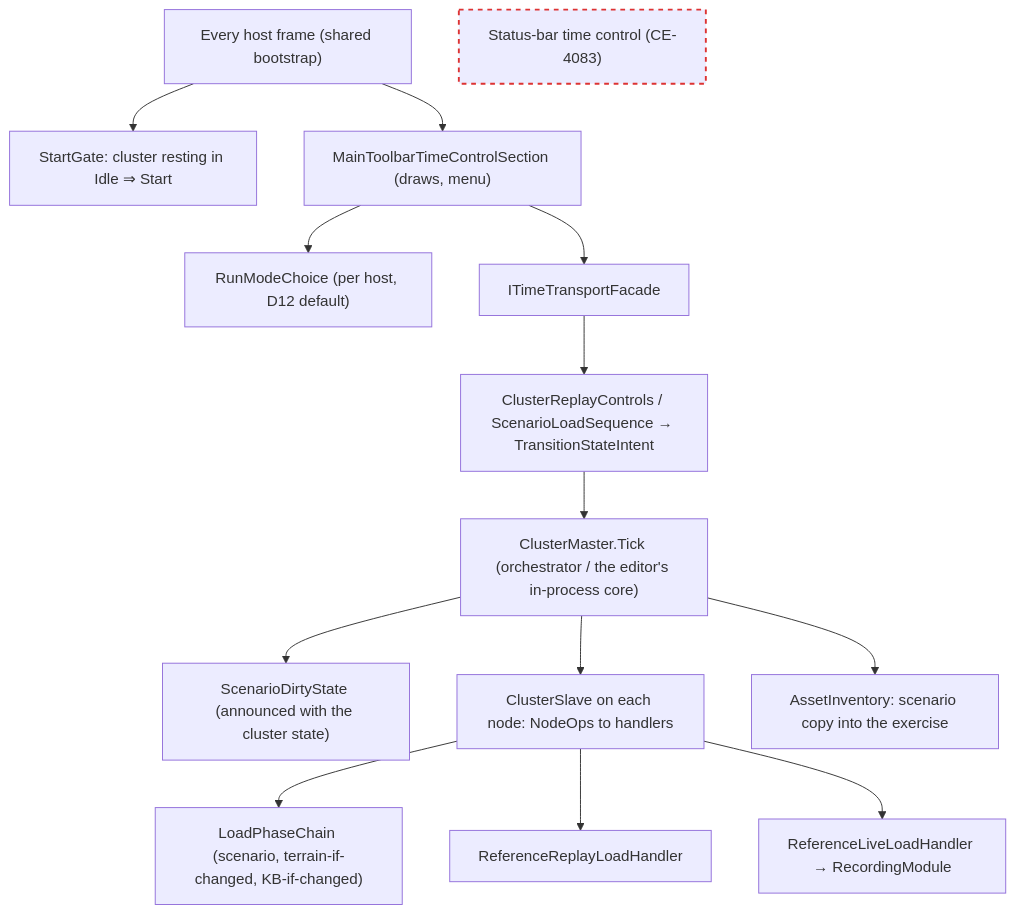
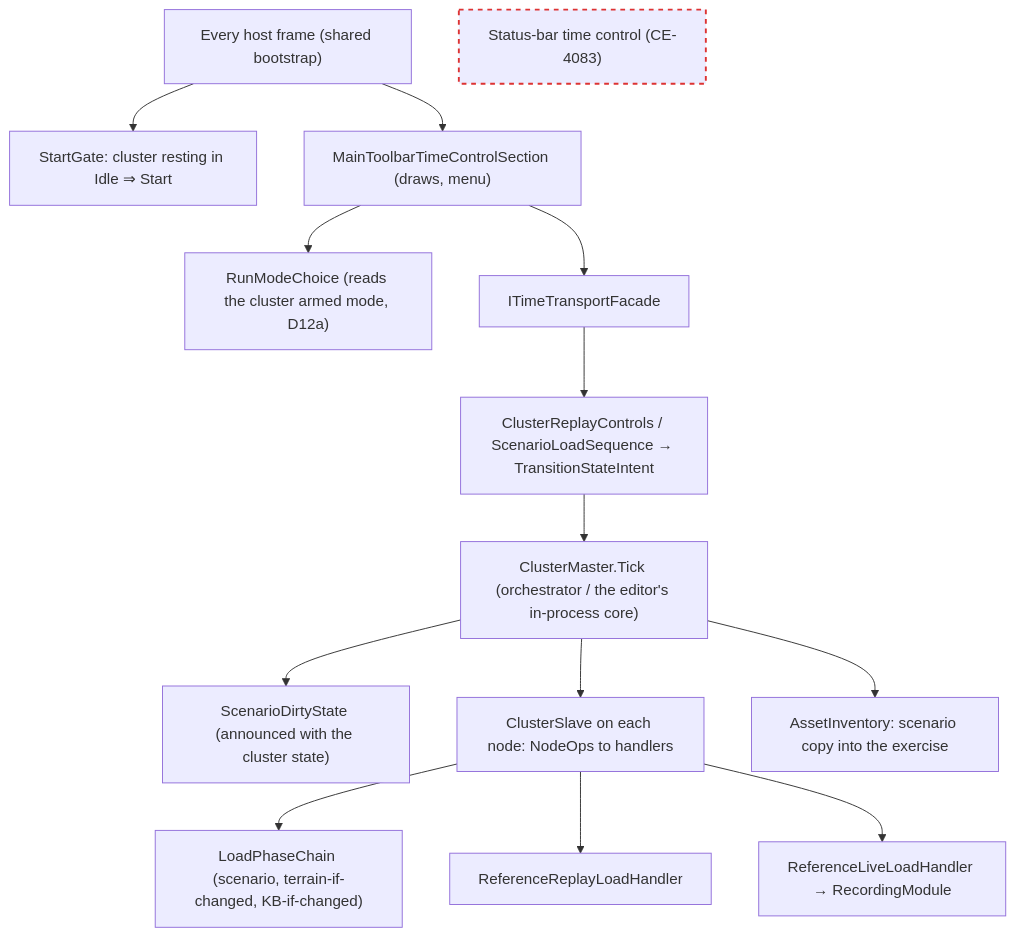
Before and after one commit to pjanec/HROT: the fifth of 15 diagrams in docs/blueprints/Architect_Question_108_Run_Mode_Picker.md, drawn with Mermaid. The commit also changed other lines of this file and 4 other files, not shown here.

First line of the commit message:
R-3068 / AQ108 D12a: the armed mode is one cluster-wide fact — the host that starts a load sends its default (a shared bootstrap parameter, RunArmedDefaults) as its own SetRunSettings op before the unchanged load; HTTP loads send none; CE-3341 queued; notes to ui and coordinator

````diff
--- a/docs/blueprints/Architect_Question_108_Run_Mode_Picker.md
+++ b/docs/blueprints/Architect_Question_108_Run_Mode_Picker.md
@@ -228,17 +228,17 @@
 ```mermaid
 graph TD
   ED["Every host frame (shared bootstrap)"] --> SG["StartGate: cluster resting in Idle ⇒ Start"]
   ED --> TB["MainToolbarTimeControlSection (draws, menu)"]
-  TB --> RC["RunModeChoice (per host, D12 default)"]
+  TB --> RC["RunModeChoice (reads the cluster armed mode, D12a)"]
   TB --> FAC["ITimeTransportFacade"]
   FAC --> CRC["ClusterReplayControls / ScenarioLoadSequence → TransitionStateIntent"]
   CRC --> ORC["ClusterMaster.Tick (orchestrator / the editor's in-process core)"]
   ORC --> DS["ScenarioDirtyState (announced with the cluster state)"]
   ORC --> SLV["ClusterSlave on each node: NodeOps to handlers"]
   SLV --> LPC["LoadPhaseChain (scenario, terrain-if-changed, KB-if-changed)"]
   SLV --> RLH["ReferenceReplayLoadHandler"]
   SLV --> LLH["ReferenceLiveLoadHandler → RecordingModule"]
   ORC --> GW["AssetInventory: scenario copy into the exercise"]
   SB["Status-bar time control (CE-4083)"]:::dead
   classDef dead stroke:#d33,stroke-width:2px,stroke-dasharray: 5 5
 ```
````
